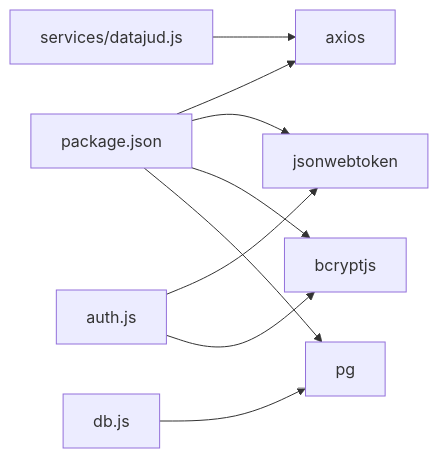
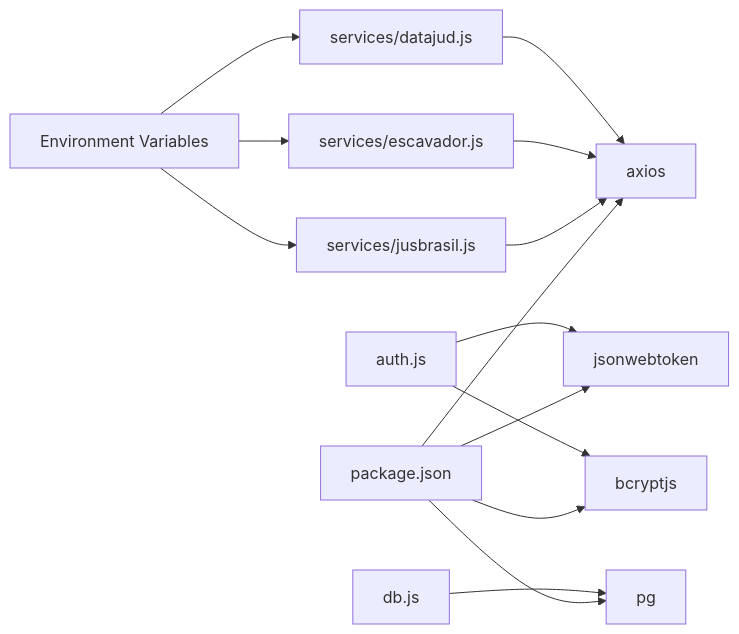
The fifth of 5 diagrams in .qoder/repowiki/en/content/API Integration Layer/Tiered Access Strategy.md (Alexandrexicara/bot-processos), drawn with Mermaid before and after one commit. The commit also changed other lines of this file and 10 other files, not shown here.

````diff
--- a/.qoder/repowiki/en/content/API Integration Layer/Tiered Access Strategy.md
+++ b/.qoder/repowiki/en/content/API Integration Layer/Tiered Access Strategy.md
@@ -272,11 +391,16 @@
 ```mermaid
 graph LR
 P["package.json"] --> AX["axios"]
 P --> JM["jsonwebtoken"]
 P --> BC["bcryptjs"]
 P --> PG["pg"]
+JB["services/jusbrasil.js"] --> AX
+ESC["services/escavador.js"] --> AX
 DJ["services/datajud.js"] --> AX
 AUTH["auth.js"] --> JM
 AUTH --> BC
 DBJS["db.js"] --> PG
+ENV["Environment Variables"] --> JB
+ENV --> ESC
+ENV --> DJ
 ```
````
